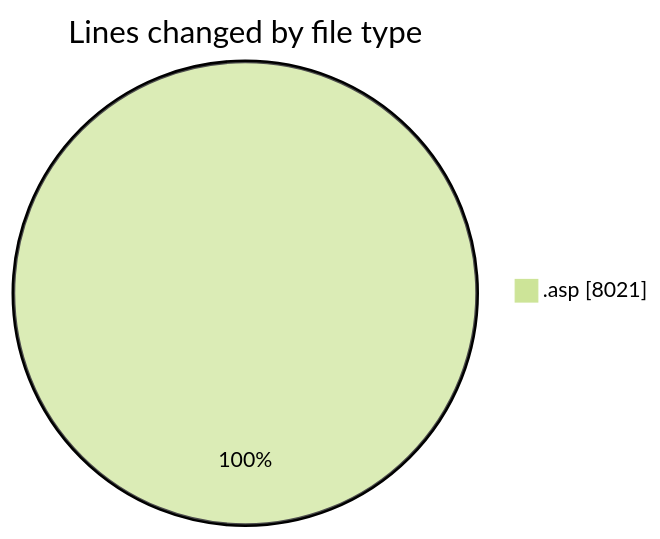
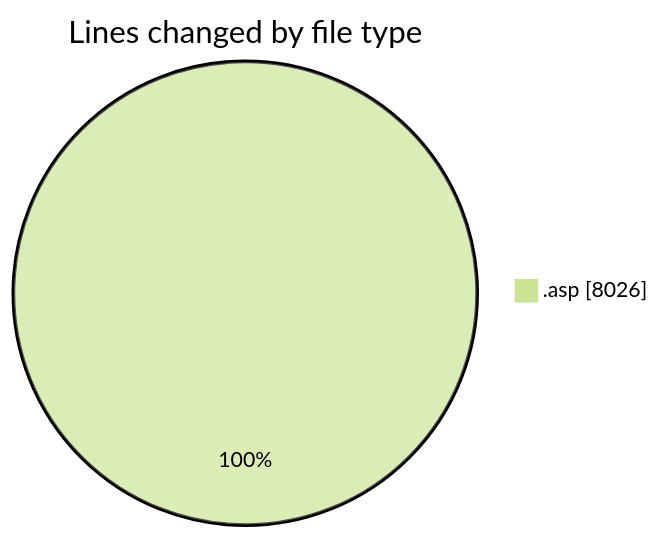
Before and after one commit to julien-gomy/code-tracking: the first of 2 diagrams in 2025-11-15/cdp_aleoudev_fr__workspace_/README.md, drawn with Mermaid (forest theme). The commit also changed other lines of this file and 1 other file, not shown here.

````diff
--- a/2025-11-15/cdp_aleoudev_fr__workspace_/README.md
+++ b/2025-11-15/cdp_aleoudev_fr__workspace_/README.md
@@ -32,5 +32,5 @@
 ```mermaid
 pie showData
 title Lines changed by file type
-".asp" : 8021
+".asp" : 8026
 ```
````
